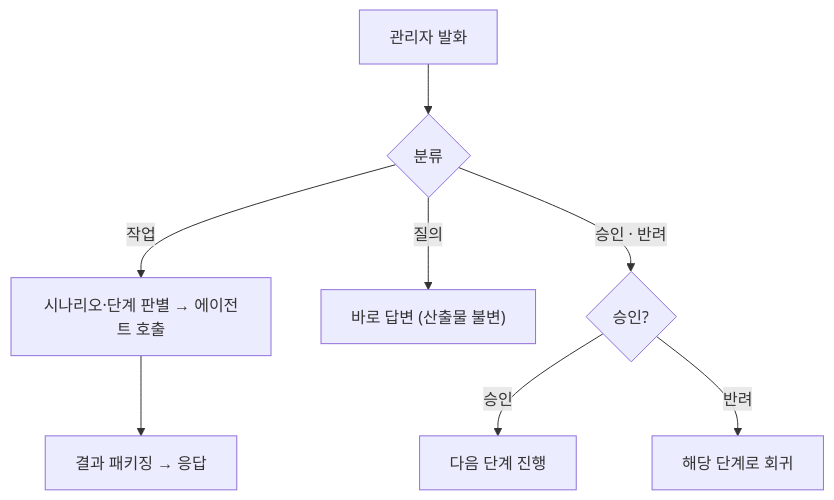
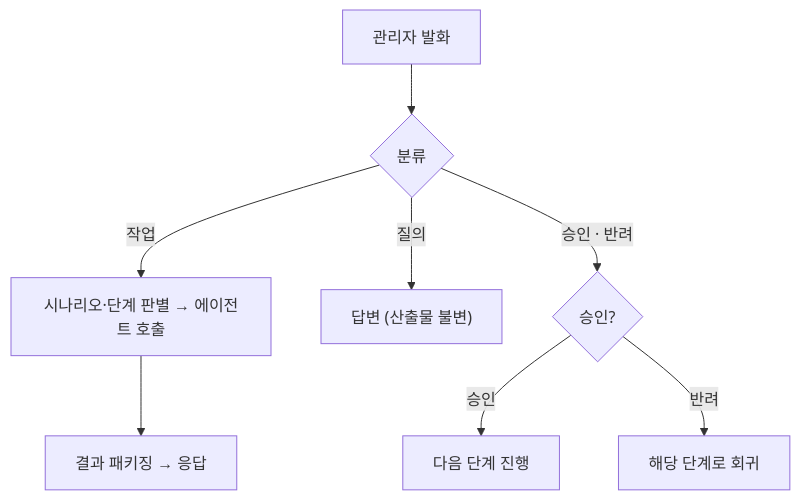
Before and after one commit to Doc-AI-Agent-development/Doc-AI-Agent-development.github.io: the second of 2 diagrams in docs/agents/dialog.md, drawn with Mermaid. The commit also changed other lines of this file, not shown here.

````diff
--- a/docs/agents/dialog.md
+++ b/docs/agents/dialog.md
@@ -49,10 +49,10 @@
 ```mermaid
 flowchart TD
     T["관리자 발화"] --> C{"분류"}
     C -->|"작업"| ROUTE["시나리오·단계 판별 → 에이전트 호출"]
-    C -->|"질의"| QA["바로 답변 (산출물 불변)"]
+    C -->|"질의"| QA["답변 (산출물 불변)"]
     C -->|"승인 · 반려"| CP{"승인?"}
     CP -->|"승인"| NEXT["다음 단계 진행"]
     CP -->|"반려"| BACK["해당 단계로 회귀"]
     ROUTE --> PKG["결과 패키징 → 응답"]
 ```
````
